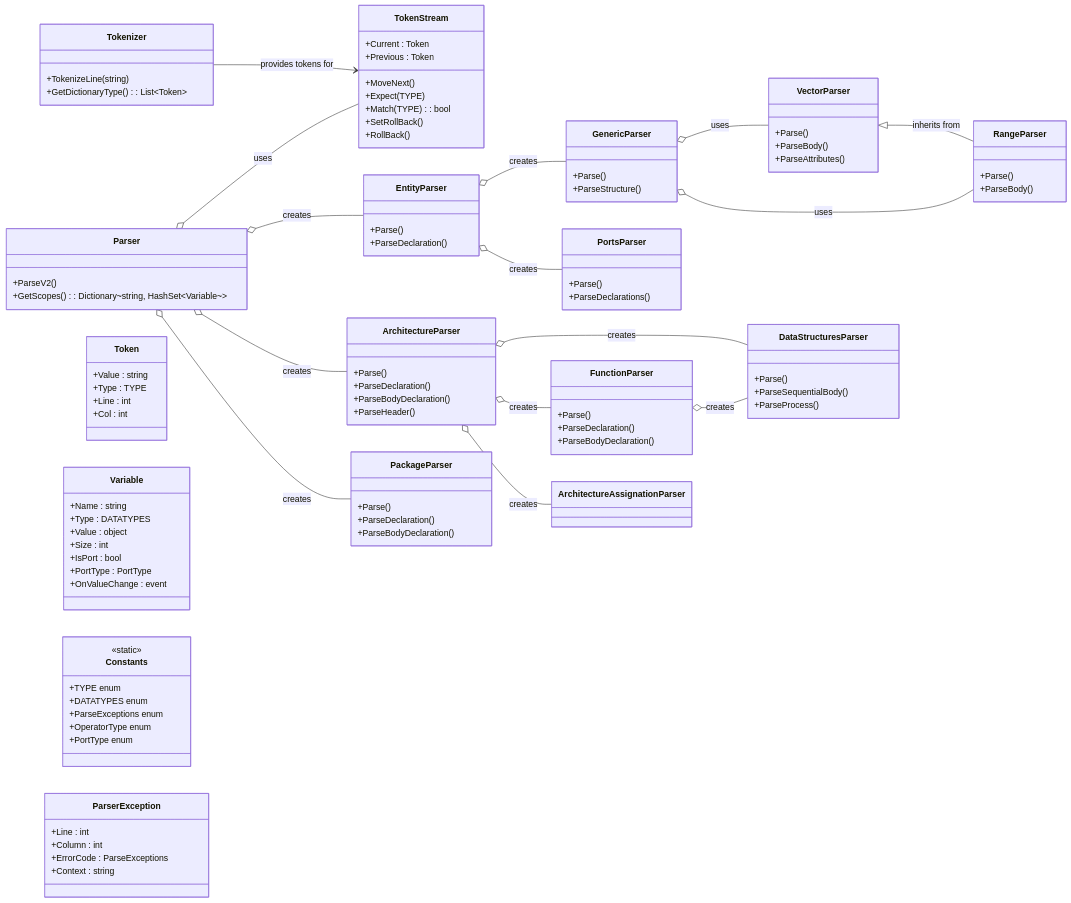
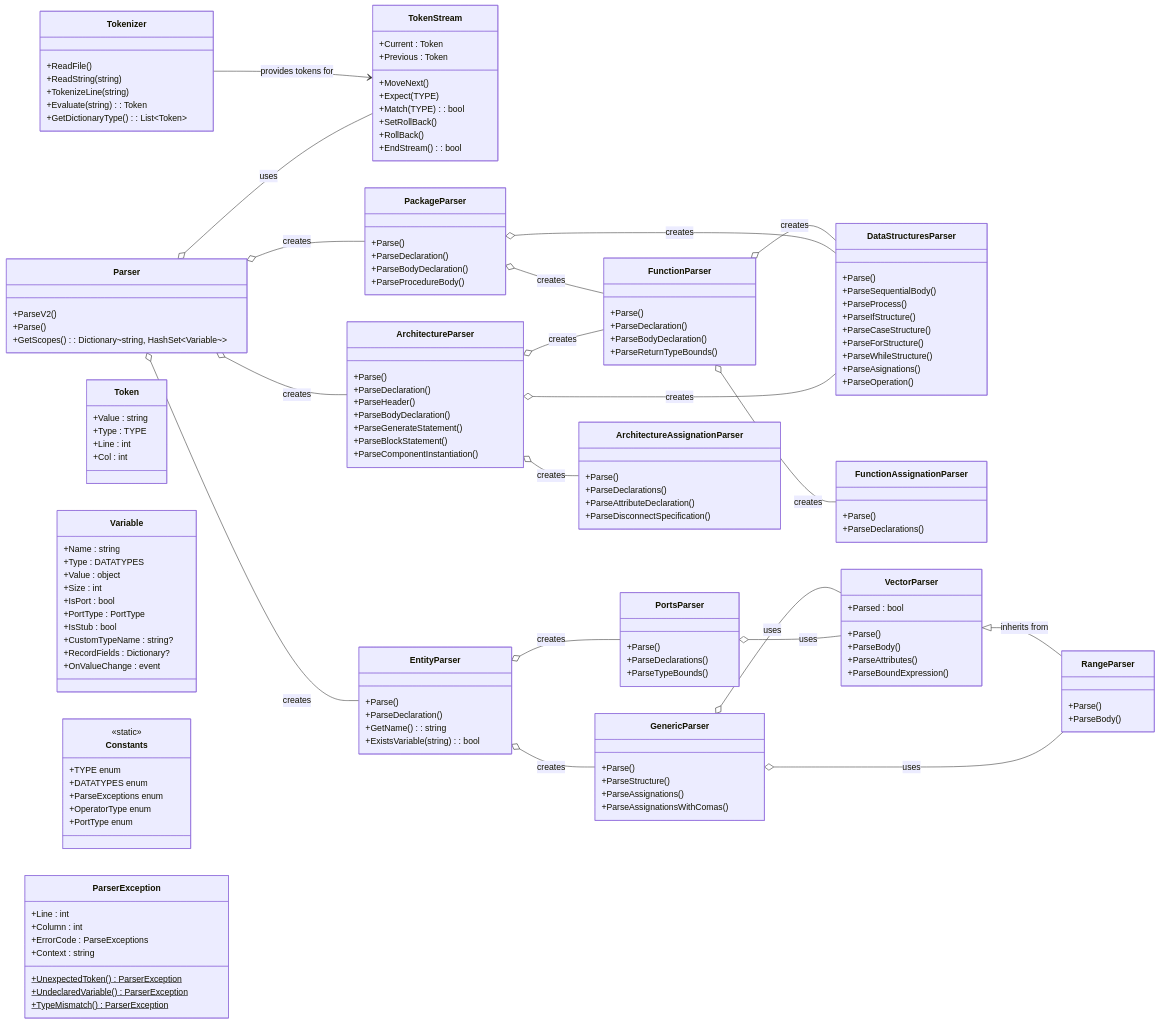
One commit to Kmila9s/Parser changed the second of 4 diagrams in README.md. Above: the diagram before and after it, drawn with Mermaid. The commit also changed other lines of this file and 10 other files, not shown here.

```diff
--- a/README.md
+++ b/README.md
@@ -292,11 +292,15 @@
 
     class Parser {
         +ParseV2()
+        +Parse()
         +GetScopes() : Dictionary~string, HashSet~Variable~~
     }
 
     class Tokenizer {
+        +ReadFile()
+        +ReadString(string)
         +TokenizeLine(string)
+        +Evaluate(string) : Token
         +GetDictionaryType() : List~Token~
     }
 
@@ -308,52 +312,83 @@
         +Match(TYPE) : bool
         +SetRollBack()
         +RollBack()
+        +EndStream() : bool
     }
 
     class EntityParser {
         +Parse()
         +ParseDeclaration()
+        +GetName() : string
+        +ExistsVariable(string) : bool
     }
 
     class ArchitectureParser {
         +Parse()
         +ParseDeclaration()
+        +ParseHeader()
         +ParseBodyDeclaration()
-        +ParseHeader()
+        +ParseGenerateStatement()
+        +ParseBlockStatement()
+        +ParseComponentInstantiation()
     }
 
     class PackageParser {
         +Parse()
         +ParseDeclaration()
         +ParseBodyDeclaration()
+        +ParseProcedureBody()
     }
 
     class DataStructuresParser {
         +Parse()
         +ParseSequentialBody()
         +ParseProcess()
+        +ParseIfStructure()
+        +ParseCaseStructure()
+        +ParseForStructure()
+        +ParseWhileStructure()
+        +ParseAsignations()
+        +ParseOperation()
     }
 
     class FunctionParser {
         +Parse()
         +ParseDeclaration()
         +ParseBodyDeclaration()
+        +ParseReturnTypeBounds()
     }
 
     class GenericParser {
         +Parse()
         +ParseStructure()
+        +ParseAssignations()
+        +ParseAssignationsWithComas()
     }
 
     class PortsParser {
         +Parse()
         +ParseDeclarations()
+        +ParseTypeBounds()
+    }
+
+    class ArchitectureAssignationParser {
+        +Parse()
+        +ParseDeclarations()
+        +ParseAttributeDeclaration()
+        +ParseDisconnectSpecification()
+    }
+
+    class FunctionAssignationParser {
+        +Parse()
+        +ParseDeclarations()
     }
 
     class VectorParser {
+        +Parsed : bool
         +Parse()
         +ParseBody()
         +ParseAttributes()
+        +ParseBoundExpression()
     }
 
     class RangeParser {
@@ -375,6 +410,9 @@
             +Size : int
             +IsPort : bool
             +PortType : PortType
+            +IsStub : bool
+            +CustomTypeName : string?
+            +RecordFields : Dictionary?
             +OnValueChange : event
         }
         class Constants {
@@ -390,6 +428,9 @@
             +Column : int
             +ErrorCode : ParseExceptions
             +Context : string
+            +UnexpectedToken()$ ParserException
+            +UndeclaredVariable()$ ParserException
+            +TypeMismatch()$ ParserException
         }
     end
 
@@ -406,8 +447,13 @@
     ArchitectureParser o-- FunctionParser : creates
     ArchitectureParser o-- ArchitectureAssignationParser : creates
 
+    PackageParser o-- DataStructuresParser : creates
+    PackageParser o-- FunctionParser : creates
+
     FunctionParser o-- DataStructuresParser : creates
+    FunctionParser o-- FunctionAssignationParser : creates
 
+    PortsParser o-- VectorParser : uses
     GenericParser o-- VectorParser : uses
     GenericParser o-- RangeParser : uses
 
```
